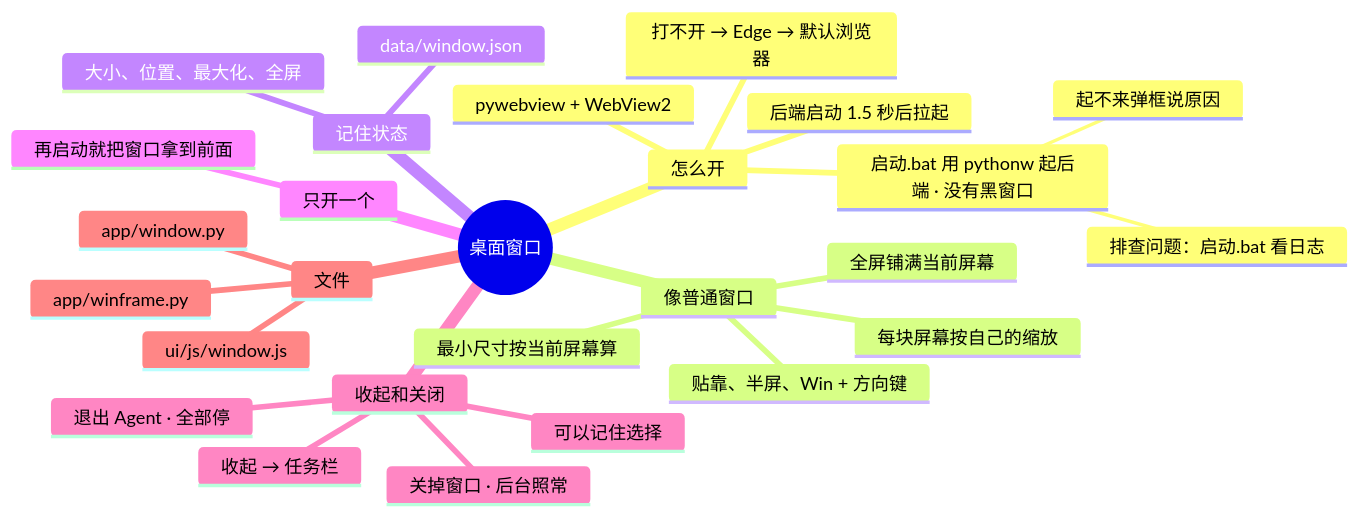
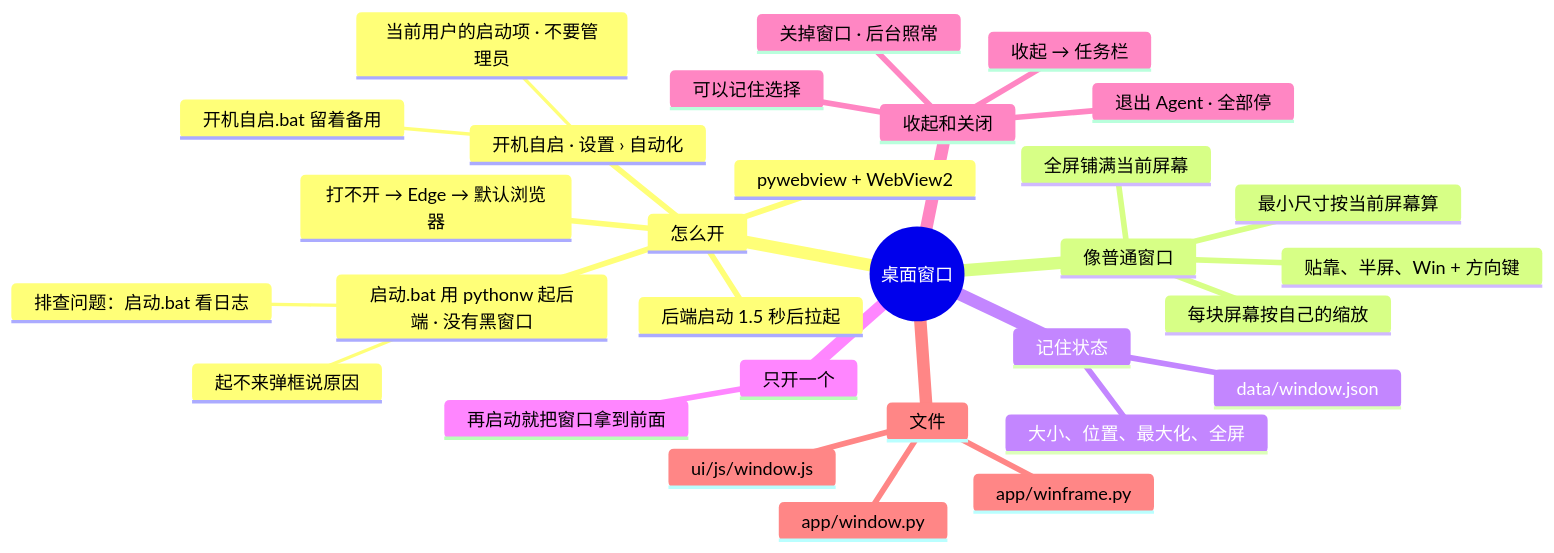
Before and after one commit to lql-076/Experiment-Agent-One: the diagram in docs/AI文档/架构/13-桌面窗口.md, drawn with Mermaid. The commit also changed other lines of this file and 29 other files, not shown here.

````diff
--- a/docs/AI文档/架构/13-桌面窗口.md
+++ b/docs/AI文档/架构/13-桌面窗口.md
@@ -9,30 +9,33 @@
 ```mermaid
 mindmap
   root((桌面窗口))
     怎么开
       启动.bat 用 pythonw 起后端 · 没有黑窗口
         起不来弹框说原因
         排查问题：启动.bat 看日志
       后端启动 1.5 秒后拉起
       pywebview + WebView2
       打不开 → Edge → 默认浏览器
+      开机自启 · 设置 › 自动化
+        当前用户的启动项 · 不要管理员
+        开机自启.bat 留着备用
     像普通窗口
       贴靠、半屏、Win + 方向键
       每块屏幕按自己的缩放
       最小尺寸按当前屏幕算
       全屏铺满当前屏幕
     记住状态
       大小、位置、最大化、全屏
       data/window.json
     只开一个
       再启动就把窗口拿到前面
     收起和关闭
       收起 → 任务栏
       关掉窗口 · 后台照常
       退出 Agent · 全部停
       可以记住选择
     文件
       app/window.py
       app/winframe.py
       ui/js/window.js
 ```
````
